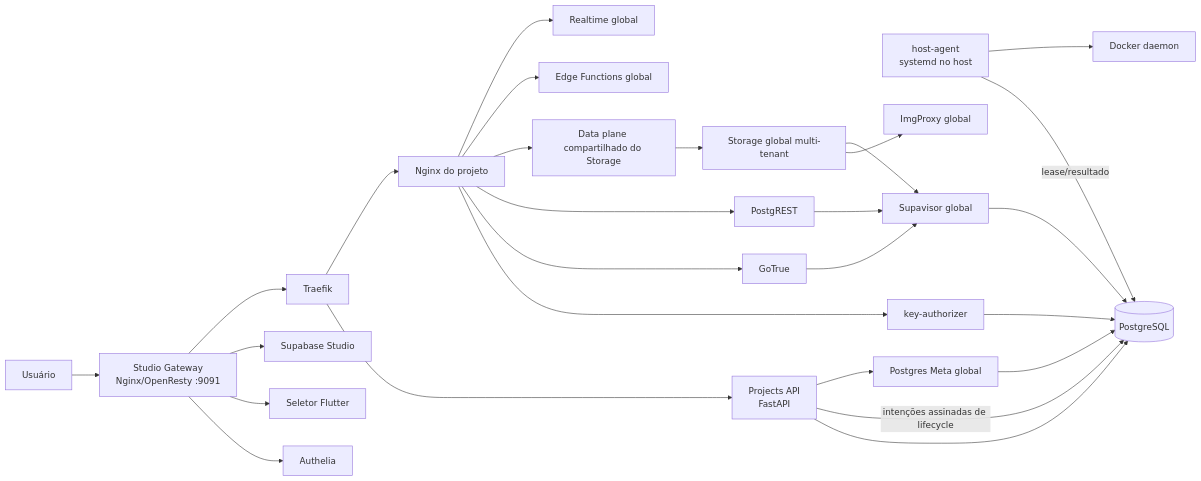
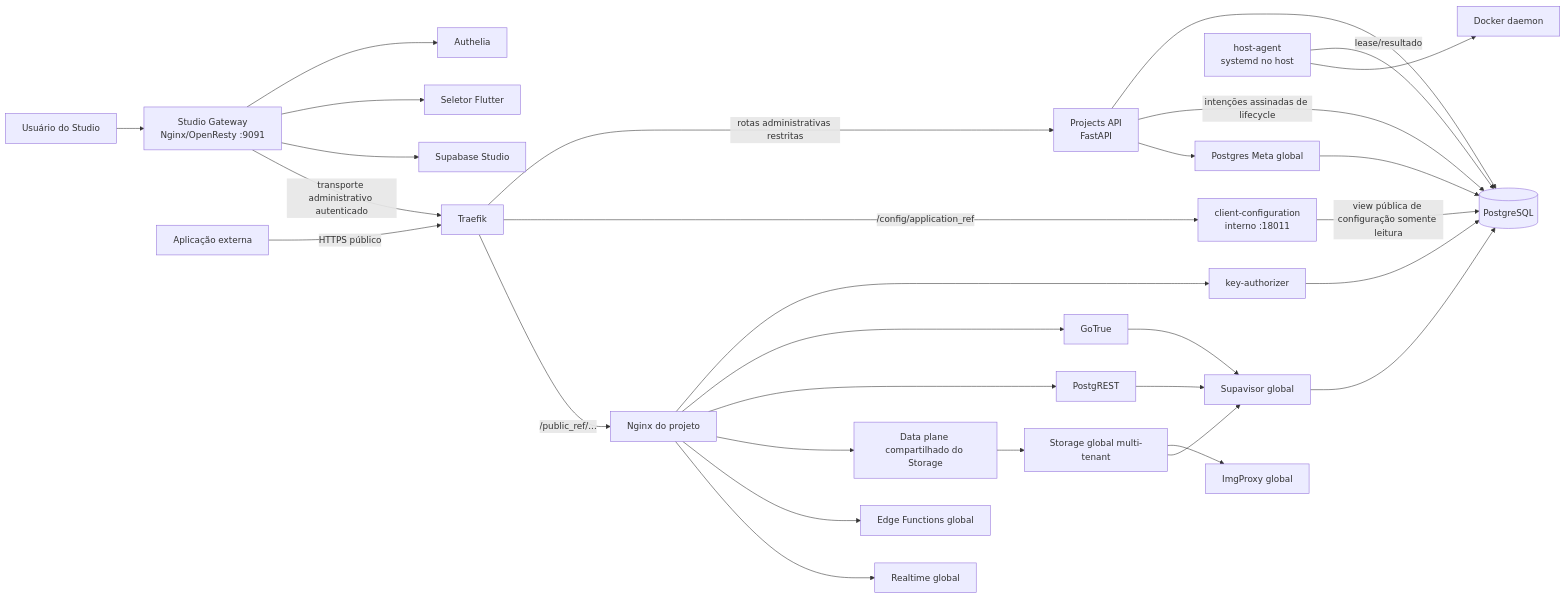
The diagram in LEIAME.md (GustavoMartins123/supabase-multitenant), drawn with Mermaid before and after one commit. The commit also changed other lines of this file and 9 other files, not shown here.

First line of the commit message:
docs: update architecture and API key documentation with client configuration details

````diff
--- a/LEIAME.md
+++ b/LEIAME.md
@@ -41,34 +41,37 @@
 ```mermaid
 flowchart LR
-    User[Usuário] --> StudioGateway[Studio Gateway\nNginx/OpenResty :9091]
+    StudioUser[Usuário do Studio] --> StudioGateway[Studio Gateway\nNginx/OpenResty :9091]
     StudioGateway --> Authelia[Authelia]
     StudioGateway --> Flutter[Seletor Flutter]
     StudioGateway --> Studio[Supabase Studio]
 
-    StudioGateway --> Traefik[Traefik]
-    Traefik --> ProjectsAPI[Projects API\nFastAPI]
-    Traefik --> TenantGateway[Nginx do projeto]
+    StudioGateway -->|transporte administrativo autenticado| Traefik[Traefik]
+    ExternalApp[Aplicação externa] -->|HTTPS público| Traefik
+    Traefik -->|rotas administrativas restritas| ProjectsAPI[Projects API\nFastAPI]
+    Traefik -->|/config/application_ref| ClientConfiguration[client-configuration\ninterno :18011]
+    ClientConfiguration -->|view pública de configuração somente leitura| PostgreSQL
+    Traefik -->|/public_ref/...| TenantGateway[Nginx do projeto]
 
     ProjectsAPI --> PostgreSQL[(PostgreSQL)]
     ProjectsAPI -->|intenções assinadas de lifecycle| PostgreSQL
     HostAgent[host-agent\nsystemd no host] -->|lease/resultado| PostgreSQL
     HostAgent --> Docker[Docker daemon]
 
     TenantGateway --> KeyAuthorizer[key-authorizer]
     KeyAuthorizer --> PostgreSQL
     TenantGateway --> Auth[GoTrue]
     TenantGateway --> Rest[PostgREST]
     TenantGateway --> StorageDataPlane[Data plane compartilhado do Storage]
     StorageDataPlane --> Storage[Storage global multi-tenant]
     Storage --> ImgProxy[ImgProxy global]
     TenantGateway --> Functions[Edge Functions global]
     TenantGateway --> Realtime[Realtime global]
 
     Auth --> Supavisor[Supavisor global]
     Rest --> Supavisor
     Storage --> Supavisor
     Supavisor --> PostgreSQL
 
     ProjectsAPI --> PostgresMeta[Postgres Meta global]
     PostgresMeta --> PostgreSQL
 ```
````
